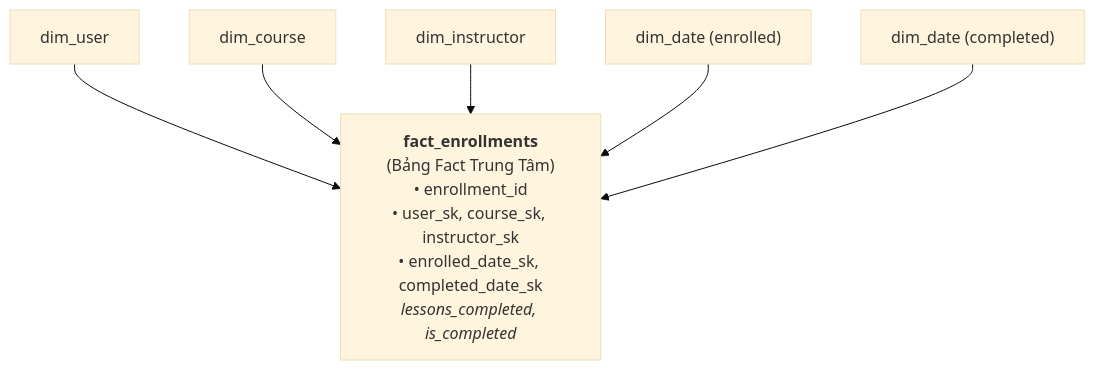
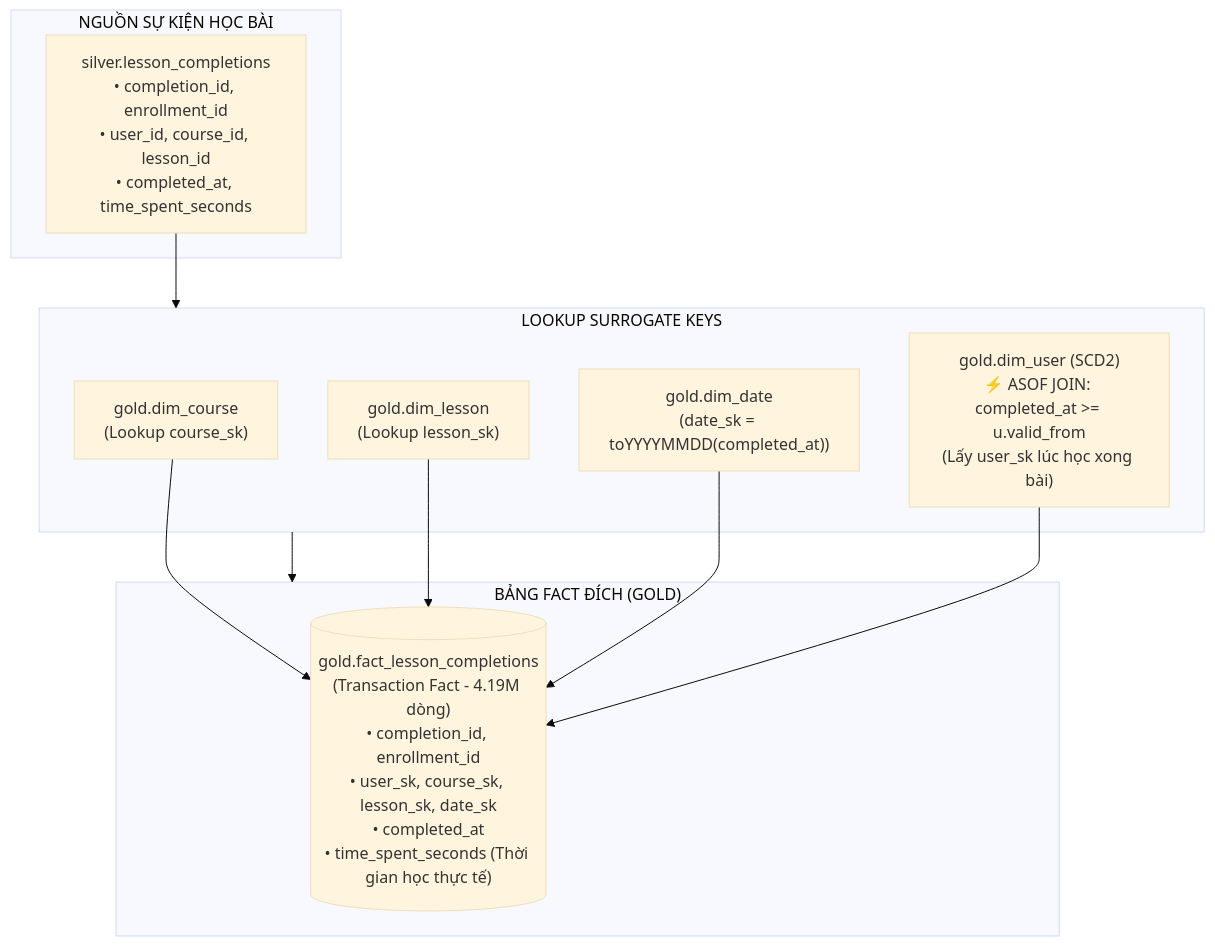
The seventh of 9 diagrams in docs/quy_trinh_mo_hinh_hoa_silver_sang_gold.md (TamDaE2k5/data_warehouse_4_e-learning), drawn with Mermaid (base theme) before and after one commit. The commit also changed other lines of this file and 144 other files, not shown here.

````diff
--- a/docs/quy_trinh_mo_hinh_hoa_silver_sang_gold.md
+++ b/docs/quy_trinh_mo_hinh_hoa_silver_sang_gold.md
@@ -114,10 +230,24 @@
 ```mermaid
 flowchart TD
-    FE["<b>fact_enrollments</b><br/>(Bảng Fact Trung Tâm)<br/>• enrollment_id<br/>• user_sk, course_sk, instructor_sk<br/>• enrolled_date_sk, completed_date_sk<br/><i>lessons_completed, is_completed</i>"]
+    subgraph SRC["NGUỒN SỰ KIỆN HỌC BÀI"]
+        S_LESS["silver.lesson_completions<br/>• completion_id, enrollment_id<br/>• user_id, course_id, lesson_id<br/>• completed_at, time_spent_seconds"]
+    end
 
-    D_U["dim_user"] --> FE
-    D_C["dim_course"] --> FE
-    D_I["dim_instructor"] --> FE
-    D_D1["dim_date (enrolled)"] --> FE
-    D_D2["dim_date (completed)"] --> FE
+    subgraph LOOKUP["LOOKUP SURROGATE KEYS"]
+        D_COUR["gold.dim_course<br/>(Lookup course_sk)"]
+        D_LESS["gold.dim_lesson<br/>(Lookup lesson_sk)"]
+        D_DATE["gold.dim_date<br/>(date_sk = toYYYYMMDD(completed_at))"]
+        D_USER["gold.dim_user (SCD2)<br/>⚡ ASOF JOIN: completed_at >= u.valid_from<br/>(Lấy user_sk lúc học xong bài)"]
+    end
+
+    subgraph TARGET["BẢNG FACT ĐÍCH (GOLD)"]
+        F_LCOMP[("gold.fact_lesson_completions<br/>(Transaction Fact - 4.19M dòng)<br/>• completion_id, enrollment_id<br/>• user_sk, course_sk, lesson_sk, date_sk<br/>• completed_at<br/>• time_spent_seconds (Thời gian học thực tế)")]
+    end
+
+    S_LESS --> LOOKUP
+    D_COUR --> F_LCOMP
+    D_LESS --> F_LCOMP
+    D_DATE --> F_LCOMP
+    D_USER --> F_LCOMP
+    LOOKUP --> TARGET
 ```
````
